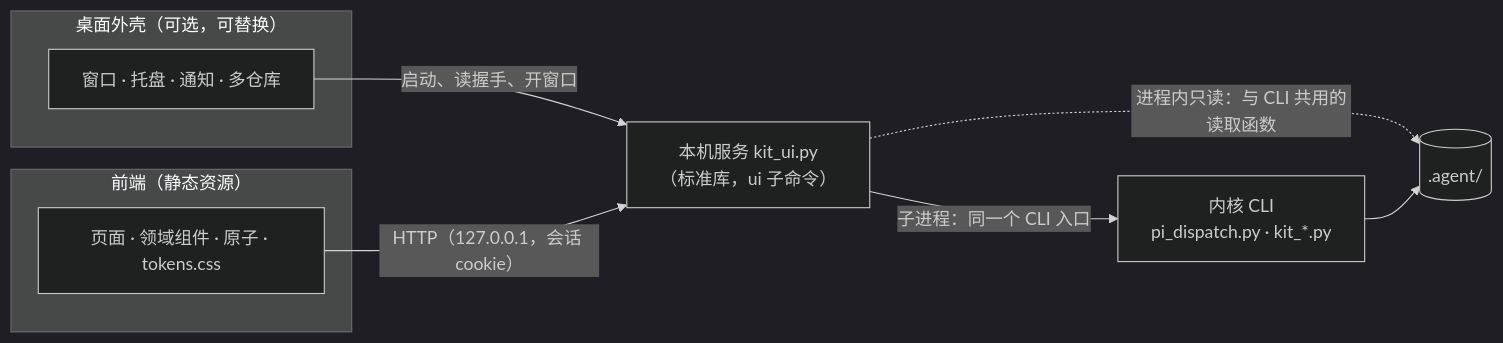
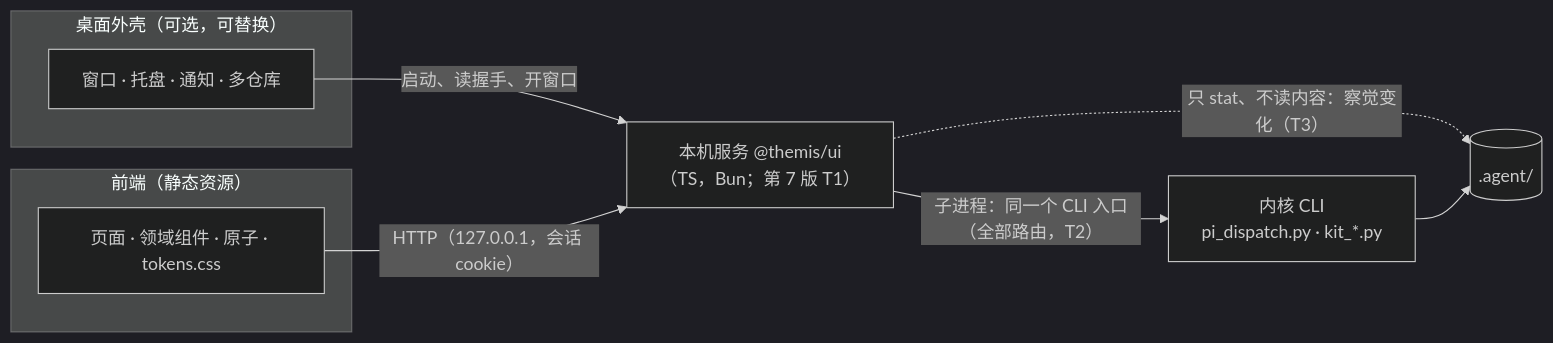
One commit to mrQzs/ThemisTally changed the diagram in docs/themis-tally-3.0-桌面端.md. Above: the diagram before and after it, drawn with Mermaid (dark theme). The commit also changed other lines of this file and 1 other file, not shown here.

````diff
--- a/docs/themis-tally-3.0-桌面端.md
+++ b/docs/themis-tally-3.0-桌面端.md
@@ -302,17 +320,17 @@
 ```mermaid
 flowchart LR
     subgraph SHELL["桌面外壳（可选，可替换）"]
         W["窗口 · 托盘 · 通知 · 多仓库"]
     end
     subgraph WEB["前端（静态资源）"]
         P["页面 · 领域组件 · 原子 · tokens.css"]
     end
-    S["本机服务 kit_ui.py<br/>（标准库，ui 子命令）"]
+    S["本机服务 @themis/ui<br/>（TS，Bun；第 7 版 T1）"]
     K["内核 CLI<br/>pi_dispatch.py · kit_*.py"]
     ST[(".agent/")]
     W -- "启动、读握手、开窗口" --> S
     P -- "HTTP（127.0.0.1，会话 cookie）" --> S
-    S -- "子进程：同一个 CLI 入口" --> K
-    S -. "进程内只读：与 CLI 共用的读取函数" .-> ST
+    S -- "子进程：同一个 CLI 入口（全部路由，T2）" --> K
+    S -. "只 stat、不读内容：察觉变化（T3）" .-> ST
     K --> ST
 ```
````
